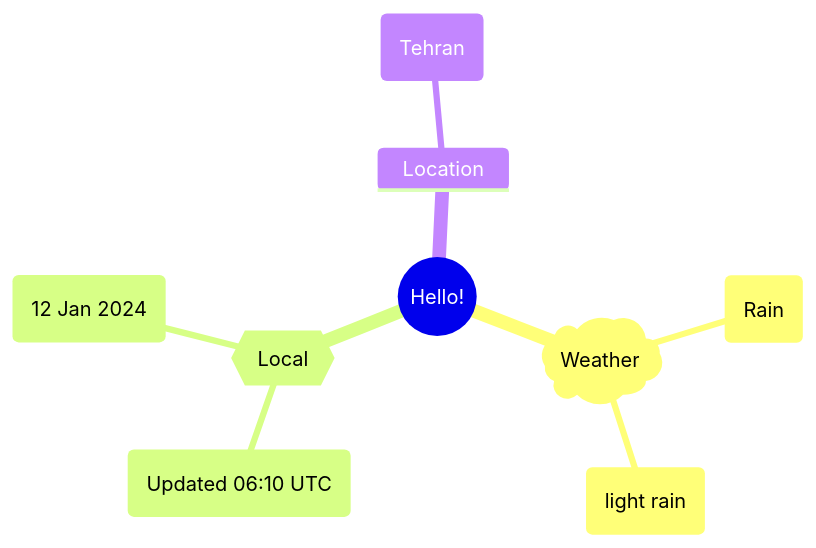
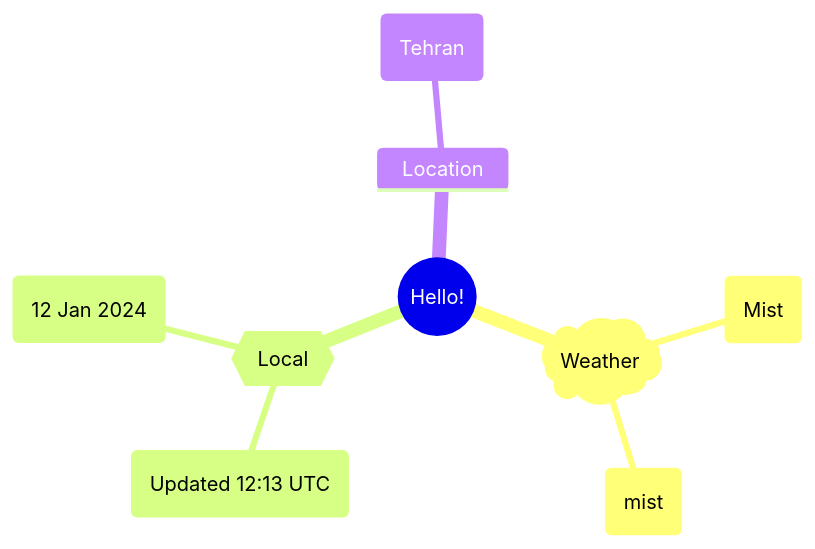
One commit to Xosrov/Xosrov changed the first of 2 diagrams in README.md. Above: the diagram before and after it, drawn with Mermaid.

Commit message:
[bot] updated images

````diff
--- a/README.md
+++ b/README.md
@@ -3,12 +3,12 @@
 ```mermaid
 mindmap
   root((Hello!))
     )Weather(
-        (Rain)
-        (light rain)
+        (Mist)
+        (mist)
     {{Local}}
-        (Updated 06:10 UTC)
+        (Updated 12:13 UTC)
         (12 Jan 2024)
     Location
         (Tehran)
 ```
````
